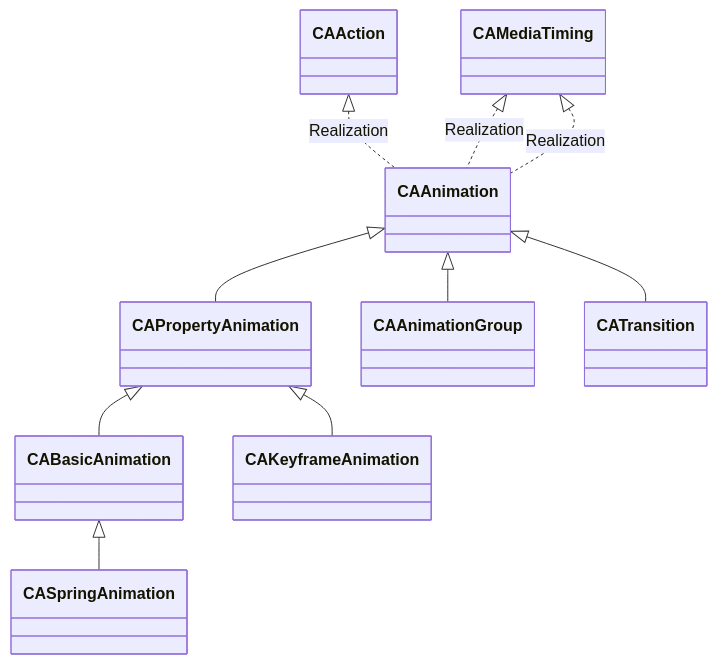
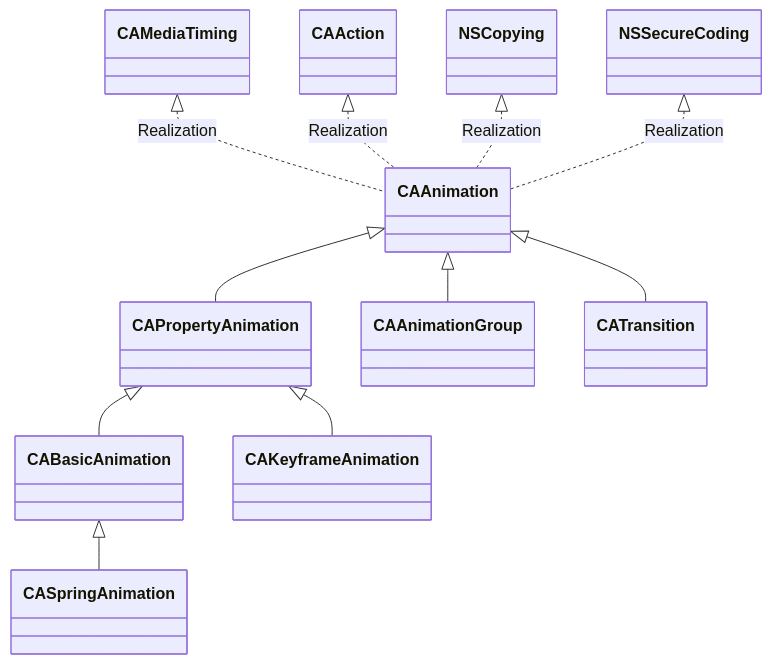
The diagram in HelloCoreAnimation/README.md (daydreamboy/HelloProjects), drawn with Mermaid before and after one commit. The commit also changed other lines of this file and 11 other files, not shown here.

````diff
--- a/HelloCoreAnimation/README.md
+++ b/HelloCoreAnimation/README.md
@@ -9,14 +30,16 @@
 ```mermaid
 classDiagram
+
+CAMediaTiming <|.. CAAnimation : Realization
 CAAction <|.. CAAnimation : Realization
-CAMediaTiming <|.. CAAnimation : Realization
-CAMediaTiming <|.. CAAnimation : Realization
+NSCopying <|.. CAAnimation : Realization
+NSSecureCoding <|.. CAAnimation : Realization
 
 CAAnimation <|-- CAPropertyAnimation
 CAAnimation <|-- CAAnimationGroup
 CAAnimation <|-- CATransition
 
 CAPropertyAnimation <|-- CABasicAnimation
 CAPropertyAnimation <|-- CAKeyframeAnimation
 CABasicAnimation <|-- CASpringAnimation
 ```
````
